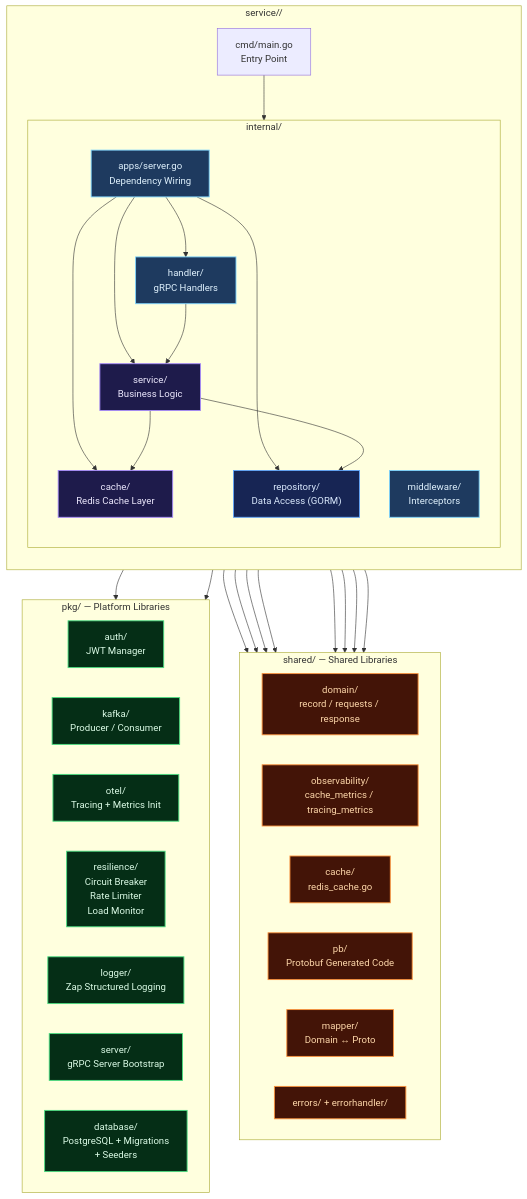
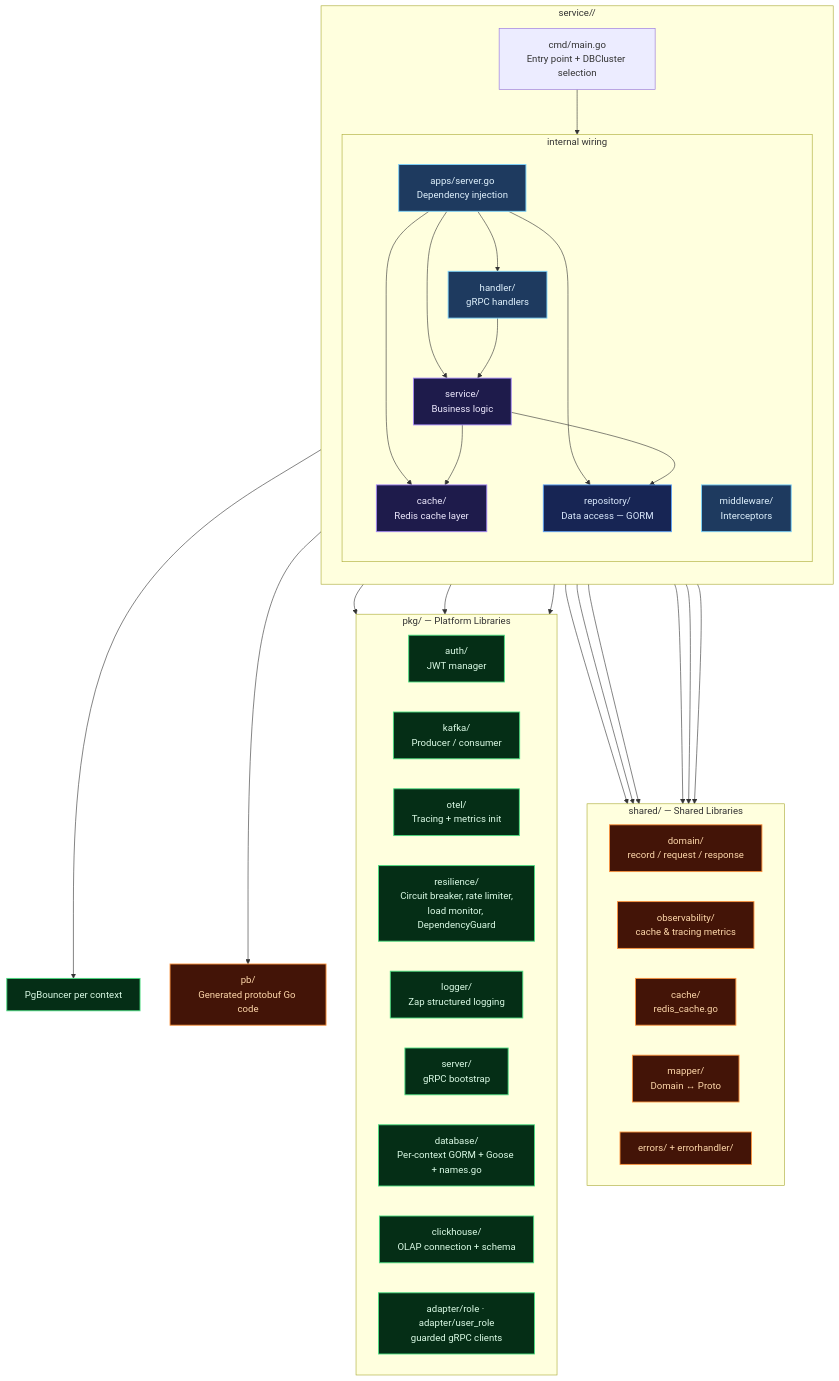
The seventh of 14 diagrams in README.md (MamangRust/microservice-ecommerce-gorm), drawn with Mermaid before and after one commit. The commit also changed other lines of this file and 1098 other files, not shown here.

````diff
--- a/README.md
+++ b/README.md
@@ -211,65 +602,70 @@
 ```mermaid
 graph TB
     classDef handler fill:#1e3a5f,stroke:#7dd3fc,color:#e0f2fe,stroke-width:1.5px
     classDef service fill:#1e1b4b,stroke:#a78bfa,color:#ede9fe,stroke-width:1.5px
     classDef repo fill:#172554,stroke:#60a5fa,color:#dbeafe,stroke-width:1.5px
     classDef infra fill:#052e16,stroke:#4ade80,color:#dcfce7,stroke-width:1.5px
     classDef shared fill:#431407,stroke:#fb923c,color:#fed7aa,stroke-width:1.5px
 
     subgraph Service["service/<name>/"]
         direction TB
 
-        CMD["cmd/main.go<br/>Entry Point"]
+        CMD["cmd/main.go<br/>Entry point + DBCluster selection"]
 
-        subgraph Internal["internal/"]
+        subgraph Internal["internal wiring"]
             direction TB
-            APPS["apps/server.go<br/>Dependency Wiring"]:::handler
-            HANDLER["handler/<br/>gRPC Handlers"]:::handler
+            APPS["apps/server.go<br/>Dependency injection"]:::handler
+            HANDLER["handler/<br/>gRPC handlers"]:::handler
             MW["middleware/<br/>Interceptors"]:::handler
-            SVC["service/<br/>Business Logic"]:::service
-            CACHE["cache/<br/>Redis Cache Layer"]:::service
-            REPO["repository/<br/>Data Access (GORM)"]:::repo
+            SVC["service/<br/>Business logic"]:::service
+            CACHE["cache/<br/>Redis cache layer"]:::service
+            REPO["repository/<br/>Data access — GORM"]:::repo
         end
 
         CMD --> APPS
         APPS --> HANDLER
         APPS --> SVC
         APPS --> CACHE
         APPS --> REPO
         HANDLER --> SVC
         SVC --> REPO
         SVC --> CACHE
     end
 
     subgraph SharedLibs["shared/ — Shared Libraries"]
         direction LR
-        DOMAIN["domain/<br/>record / requests / response"]:::shared
-        OBS["observability/<br/>cache_metrics / tracing_metrics"]:::shared
+        DOMAIN["domain/<br/>record / request / response"]:::shared
+        OBS["observability/<br/>cache & tracing metrics"]:::shared
         CACHESHARED["cache/<br/>redis_cache.go"]:::shared
-        PB["pb/<br/>Protobuf Generated Code"]:::shared
         MAPPER["mapper/<br/>Domain ↔ Proto"]:::shared
         ERRORS["errors/ + errorhandler/"]:::shared
     end
 
     subgraph PkgLibs["pkg/ — Platform Libraries"]
         direction LR
-        PKGAUTH["auth/<br/>JWT Manager"]:::infra
-        PKGKAFKA["kafka/<br/>Producer / Consumer"]:::infra
-        PKGOTEL["otel/<br/>Tracing + Metrics Init"]:::infra
-        PKGRES["resilience/<br/>Circuit Breaker<br/>Rate Limiter<br/>Load Monitor"]:::infra
-        PKGLOG["logger/<br/>Zap Structured Logging"]:::infra
-        PKGSRV["server/<br/>gRPC Server Bootstrap"]:::infra
-        PKGDB["database/<br/>PostgreSQL + Migrations<br/>+ Seeders"]:::infra
+        PKGAUTH["auth/<br/>JWT manager"]:::infra
+        PKGKAFKA["kafka/<br/>Producer / consumer"]:::infra
+        PKGOTEL["otel/<br/>Tracing + metrics init"]:::infra
+        PKGRES["resilience/<br/>Circuit breaker, rate limiter,<br/>load monitor, DependencyGuard"]:::infra
+        PKGLOG["logger/<br/>Zap structured logging"]:::infra
+        PKGSRV["server/<br/>gRPC bootstrap"]:::infra
+        PKGDB["database/<br/>Per-context GORM + Goose + names.go"]:::infra
+        PKGCH["clickhouse/<br/>OLAP connection + schema"]:::infra
+        PKGADAPTER["adapter/role · adapter/user_role<br/>guarded gRPC clients"]:::infra
     end
 
+    PB["pb/<br/>Generated protobuf Go code"]:::shared
+    PGB_EXT["PgBouncer per context"]:::infra
+
     REPO --> DOMAIN
-    REPO --> PB
+    REPO --> PGB_EXT
     SVC --> DOMAIN
     SVC --> OBS
     HANDLER --> PB
     HANDLER --> MAPPER
     APPS --> PKGSRV
     APPS --> PKGOTEL
     APPS --> CACHESHARED
+    APPS --> PKGADAPTER
     APPS --> OBS
 ```
````
